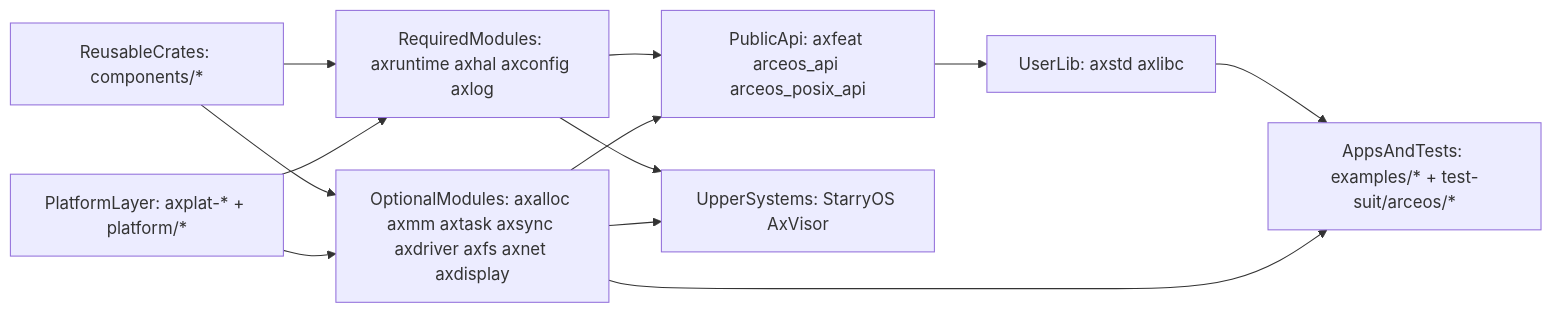
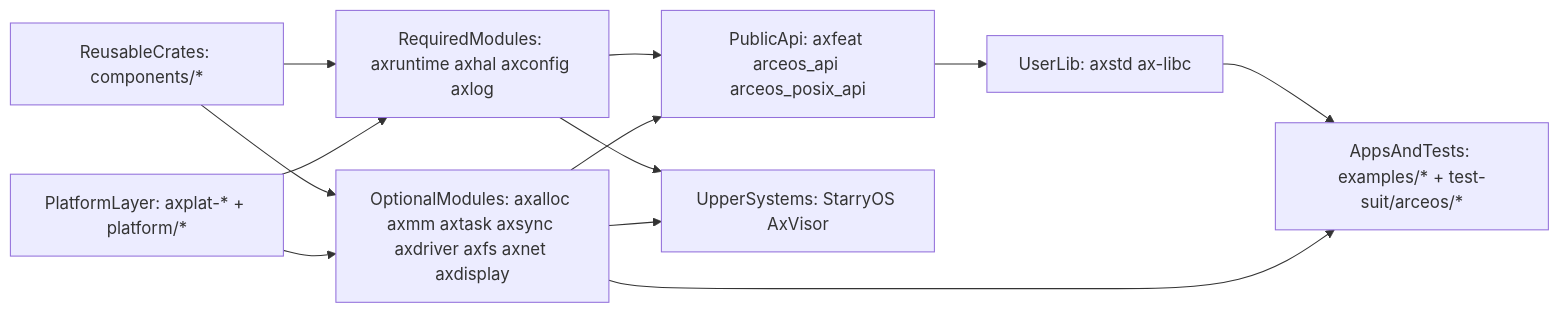
Before and after one commit to zKurisu/tgoskits: the first of 5 diagrams in docs/arceos-internals.md, drawn with Mermaid. The commit also changed other lines of this file and 45 other files, not shown here.

Commit message:
rename axlibc to ax-libc and complete doc migration

````diff
--- a/docs/arceos-internals.md
+++ b/docs/arceos-internals.md
@@ -36,23 +36,23 @@
 ```mermaid
 flowchart LR
     reusableCrates["ReusableCrates: components/*"]
     platformLayer["PlatformLayer: axplat-* + platform/*"]
     requiredModules["RequiredModules: axruntime axhal axconfig axlog"]
     optionalModules["OptionalModules: axalloc axmm axtask axsync axdriver axfs axnet axdisplay"]
     publicApi["PublicApi: axfeat arceos_api arceos_posix_api"]
-    userLib["UserLib: axstd axlibc"]
+    userLib["UserLib: axstd ax-libc"]
     appsAndTests["AppsAndTests: examples/* + test-suit/arceos/*"]
     upperSystems["UpperSystems: StarryOS AxVisor"]
 
     reusableCrates --> requiredModules
     reusableCrates --> optionalModules
     platformLayer --> requiredModules
     platformLayer --> optionalModules
     requiredModules --> publicApi
     optionalModules --> publicApi
     publicApi --> userLib
     userLib --> appsAndTests
     optionalModules --> appsAndTests
     requiredModules --> upperSystems
     optionalModules --> upperSystems
 ```
````
